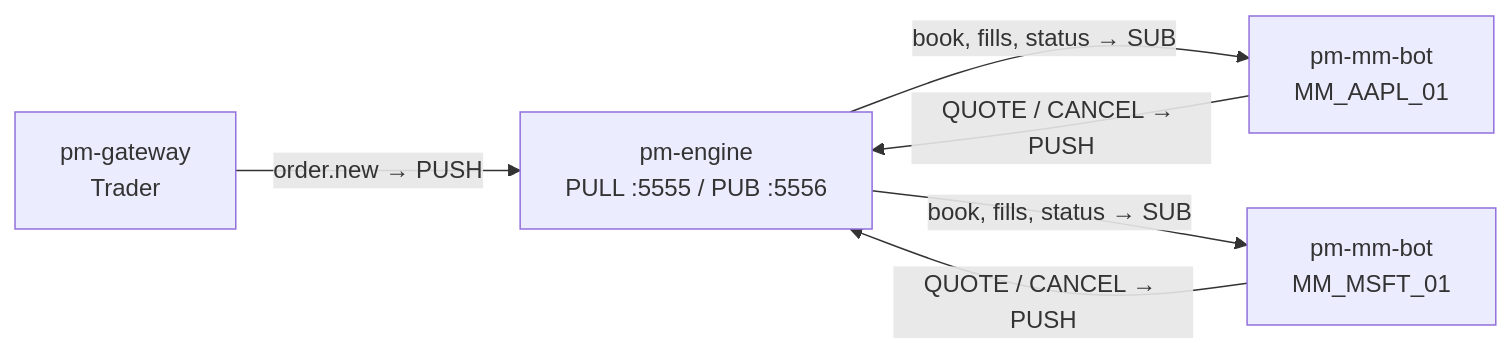
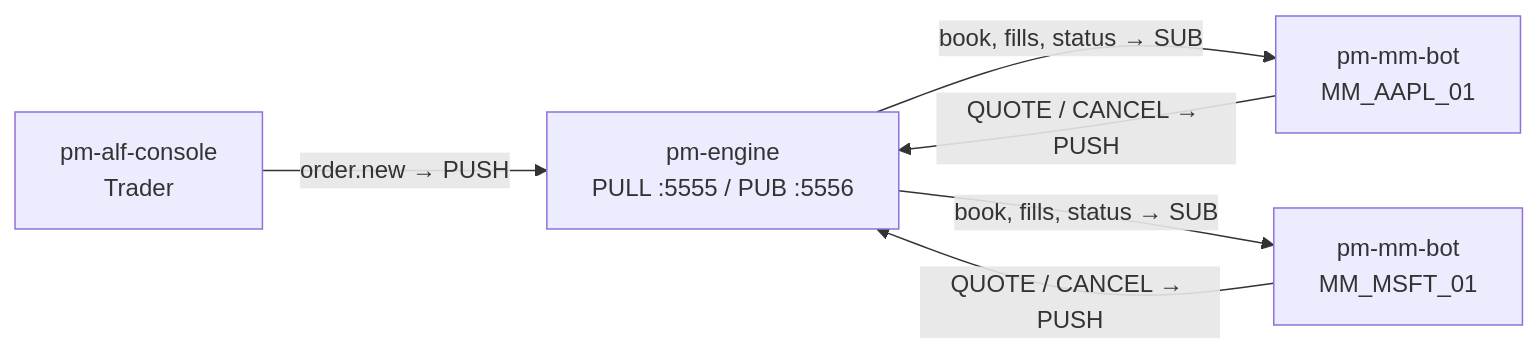
Before and after one commit to johan162/EduMatcher: the first of 2 diagrams in docs/user-guide/17-mm-bot.md, drawn with Mermaid. The commit also changed 38 other files, not shown here.

````diff
--- a/docs/user-guide/17-mm-bot.md
+++ b/docs/user-guide/17-mm-bot.md
@@ -108,13 +108,13 @@
 ```mermaid
 flowchart LR
     E["pm-engine\nPULL :5555 / PUB :5556"]
     B1["pm-mm-bot\nMM_AAPL_01"]
     B2["pm-mm-bot\nMM_MSFT_01"]
-    GW["pm-gateway\nTrader"]
+    GW["pm-alf-console\nTrader"]
 
     B1 -- "QUOTE / CANCEL → PUSH" --> E
     B2 -- "QUOTE / CANCEL → PUSH" --> E
     GW -- "order.new → PUSH" --> E
     E -- "book, fills, status → SUB" --> B1
     E -- "book, fills, status → SUB" --> B2
 ```
````
